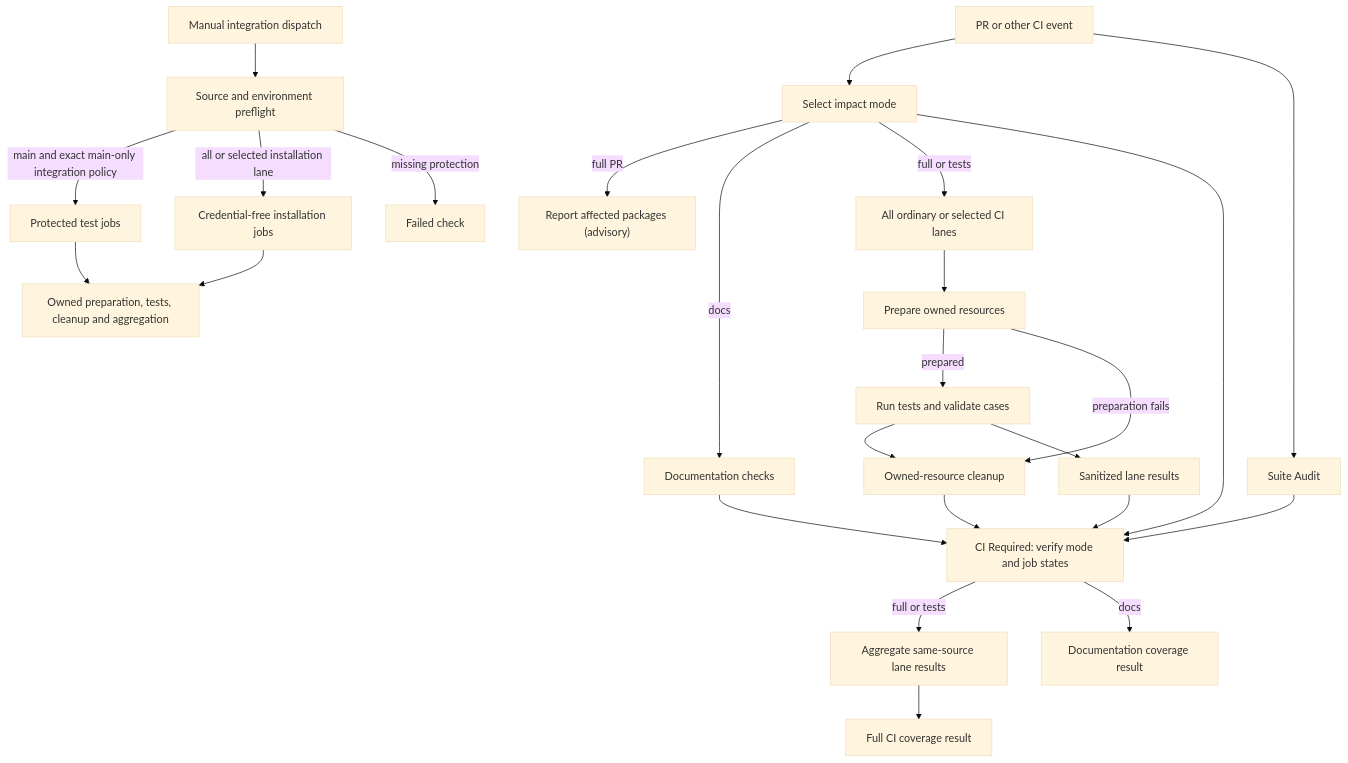
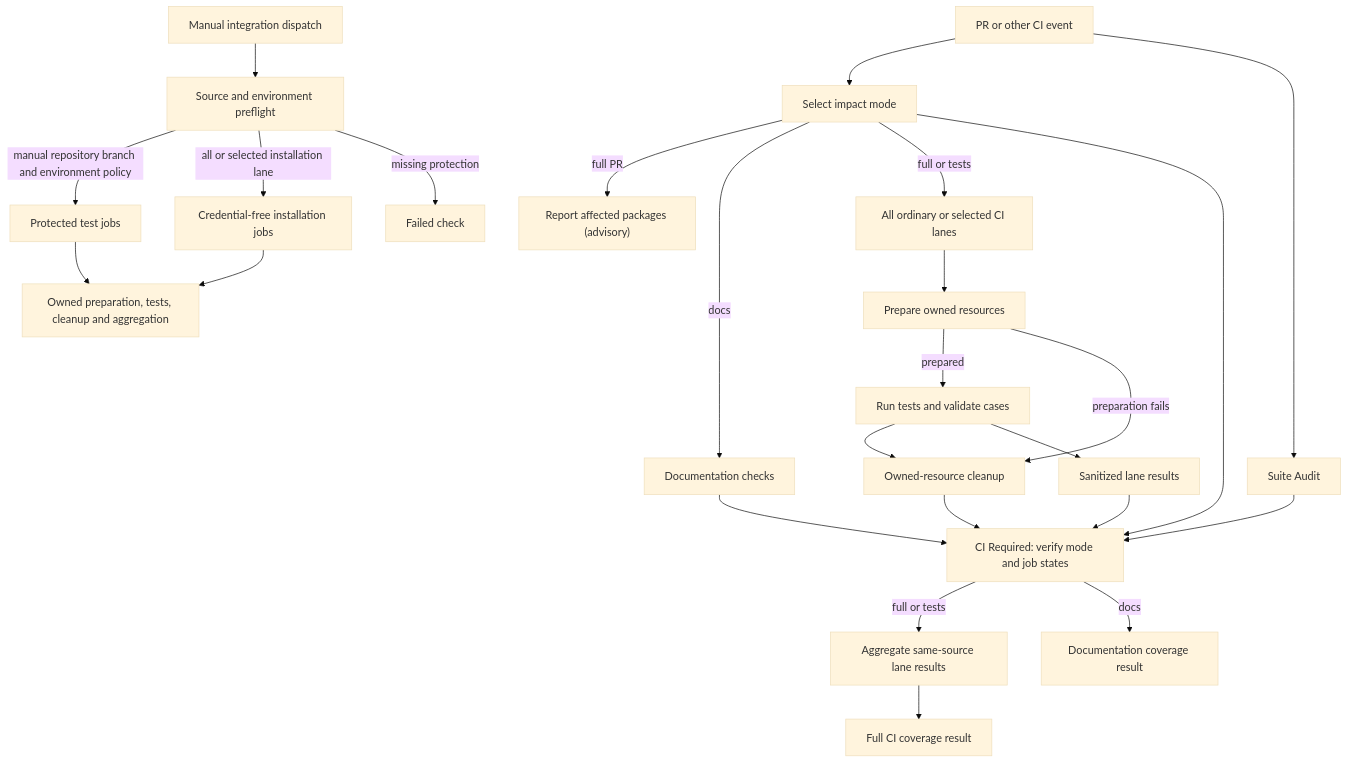
Before and after one commit to openclaw/openclaw-enterprise: the diagram in docs/flows/github-actions-testing.md, drawn with Mermaid (base theme). The commit also changed other lines of this file and 3 other files, not shown here.

Commit message:
ci: allow manual integration runs from work branches

````diff
--- a/docs/flows/github-actions-testing.md
+++ b/docs/flows/github-actions-testing.md
@@ -21,27 +21,27 @@
 ```mermaid
 graph TD
   A["PR or other CI event"] --> S["Select impact mode"]
   A --> N["Suite Audit"]
   S -->|full PR| Q["Report affected packages (advisory)"]
   S -->|docs| D["Documentation checks"]
   S -->|full or tests| B["All ordinary or selected CI lanes"]
   B --> F["Prepare owned resources"]
   F -->|prepared| H["Run tests and validate cases"]
   F -->|preparation fails| J["Owned-resource cleanup"]
   H --> J
   H --> K["Sanitized lane results"]
   J --> G["CI Required: verify mode and job states"]
   S --> G
   N --> G
   D --> G
   K --> G
   G -->|full or tests| L["Aggregate same-source lane results"]
   G -->|docs| M["Documentation coverage result"]
   L --> R["Full CI coverage result"]
   C["Manual integration dispatch"] --> P["Source and environment preflight"]
-  P -->|main and exact main-only integration policy| E["Protected test jobs"]
+  P -->|manual repository branch and environment policy| E["Protected test jobs"]
   P -->|all or selected installation lane| U["Credential-free installation jobs"]
   U --> T
   P -->|missing protection| X["Failed check"]
   E --> T["Owned preparation, tests, cleanup and aggregation"]
 ```
````
